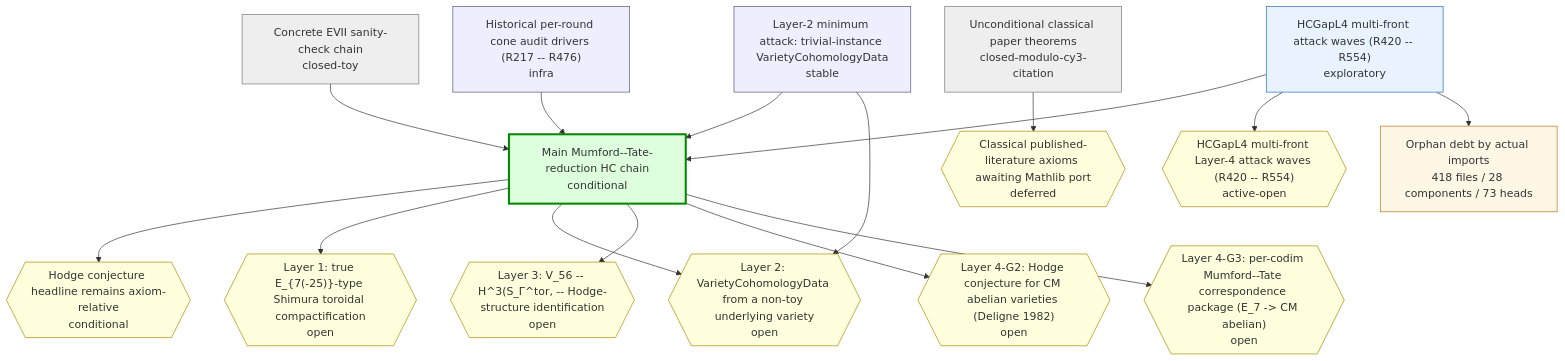
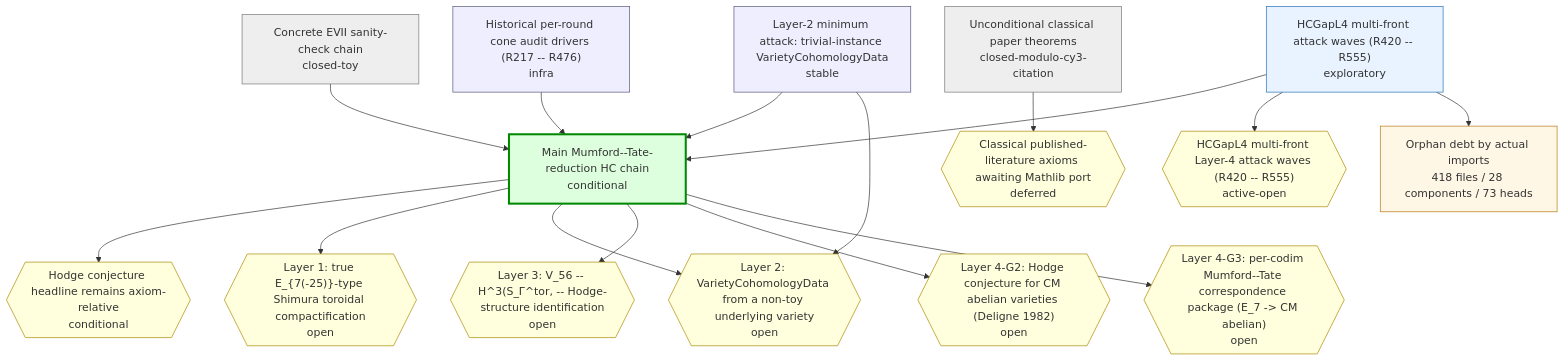
One commit to crabsatellite/hodge-conjecture-lean4-formalization changed the first of 2 diagrams in chain-status/research-map.md. Above: the diagram before and after it, drawn with Mermaid. The commit also changed other lines of this file and 11 other files, not shown here.

````diff
--- a/chain-status/research-map.md
+++ b/chain-status/research-map.md
@@ -45,44 +45,44 @@
 ```mermaid
 graph TD
   classDef main fill:#dfd,stroke:#080,stroke-width:3px
   classDef active fill:#e8f3ff,stroke:#2670b8
   classDef support fill:#eef,stroke:#557
   classDef closed fill:#eee,stroke:#777
   classDef dead fill:#fdd,stroke:#a00,stroke-width:2px
   classDef gapOpen fill:#ffd,stroke:#a80
   classDef gapClosed fill:#eee,stroke:#777
   classDef gapDead fill:#fdd,stroke:#a00
   classDef debt fill:#fff7e6,stroke:#b87514
   classDef debtTaxonomy fill:#e8f3ff,stroke:#2670b8,stroke-dasharray:3 3
   classDef debtRule fill:#eefbea,stroke:#398439,stroke-dasharray:3 3
   classDef debtDead fill:#fdd,stroke:#a00,stroke-dasharray:3 3
   chain_main_hc_axiom_relative["Main Mumford--Tate-reduction HC chain\nconditional"]:::main
   chain_unconditional_classical["Unconditional classical paper theorems\nclosed-modulo-cy3-citation"]:::closed
   chain_hcgap_l2_trivial_instances["Layer-2 minimum attack: trivial-instance VarietyCohomologyData\nstable"]:::support
-  chain_hcgap_l4_multifront_active["HCGapL4 multi-front attack waves (R420 -- R554)\nexploratory"]:::active
+  chain_hcgap_l4_multifront_active["HCGapL4 multi-front attack waves (R420 -- R555)\nexploratory"]:::active
   chain_concrete_evii_toy["Concrete EVII sanity-check chain\nclosed-toy"]:::closed
   chain_historical_cone_audits["Historical per-round cone audit drivers (R217 -- R476)\ninfra"]:::support
   gap_G_main_hc{{"Hodge conjecture headline remains axiom-relative\nconditional"}}:::gapOpen
   gap_G_l1_e7_shimura_tor{{"Layer 1: true E_{7(-25)}-type Shimura toroidal compactification\nopen"}}:::gapOpen
   gap_G_l2_cohomology_construction{{"Layer 2: VarietyCohomologyData from a non-toy underlying variety\nopen"}}:::gapOpen
   gap_G_l3_v56_mt_identification{{"Layer 3: V_56 -- H^3(S_Γ^tor, -- Hodge-structure identification\nopen"}}:::gapOpen
   gap_G_l4_cm_abelian_hc{{"Layer 4-G2: Hodge conjecture for CM abelian varieties (Deligne 1982)\nopen"}}:::gapOpen
   gap_G_l4_mt_correspondence{{"Layer 4-G3: per-codim Mumford--Tate correspondence package (E_7 -> CM abelian)\nopen"}}:::gapOpen
   gap_G_classical_mathlib_port{{"Classical published-literature axioms awaiting Mathlib port\ndeferred"}}:::gapOpen
-  gap_G_hcgap_l4_multifront{{"HCGapL4 multi-front Layer-4 attack waves (R420 -- R554)\nactive-open"}}:::gapOpen
+  gap_G_hcgap_l4_multifront{{"HCGapL4 multi-front Layer-4 attack waves (R420 -- R555)\nactive-open"}}:::gapOpen
   chain_main_hc_axiom_relative --> gap_G_main_hc
   chain_main_hc_axiom_relative --> gap_G_l1_e7_shimura_tor
   chain_main_hc_axiom_relative --> gap_G_l2_cohomology_construction
   chain_main_hc_axiom_relative --> gap_G_l3_v56_mt_identification
   chain_main_hc_axiom_relative --> gap_G_l4_cm_abelian_hc
   chain_main_hc_axiom_relative --> gap_G_l4_mt_correspondence
   chain_unconditional_classical --> gap_G_classical_mathlib_port
   chain_hcgap_l2_trivial_instances --> chain_main_hc_axiom_relative
   chain_hcgap_l2_trivial_instances --> gap_G_l2_cohomology_construction
   chain_hcgap_l4_multifront_active --> chain_main_hc_axiom_relative
   chain_hcgap_l4_multifront_active --> gap_G_hcgap_l4_multifront
   chain_concrete_evii_toy --> chain_main_hc_axiom_relative
   chain_historical_cone_audits --> chain_main_hc_axiom_relative
   debt_all["Orphan debt by actual imports\n418 files / 28 components / 73 heads"]:::debt
   chain_hcgap_l4_multifront_active --> debt_all
 ```
````
